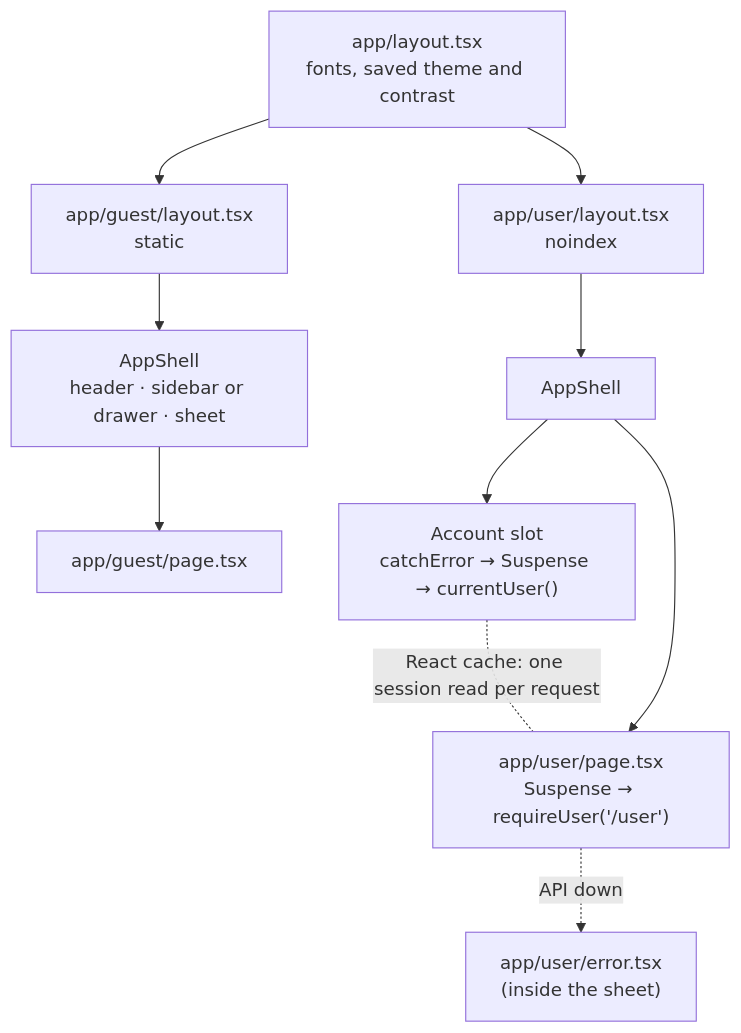
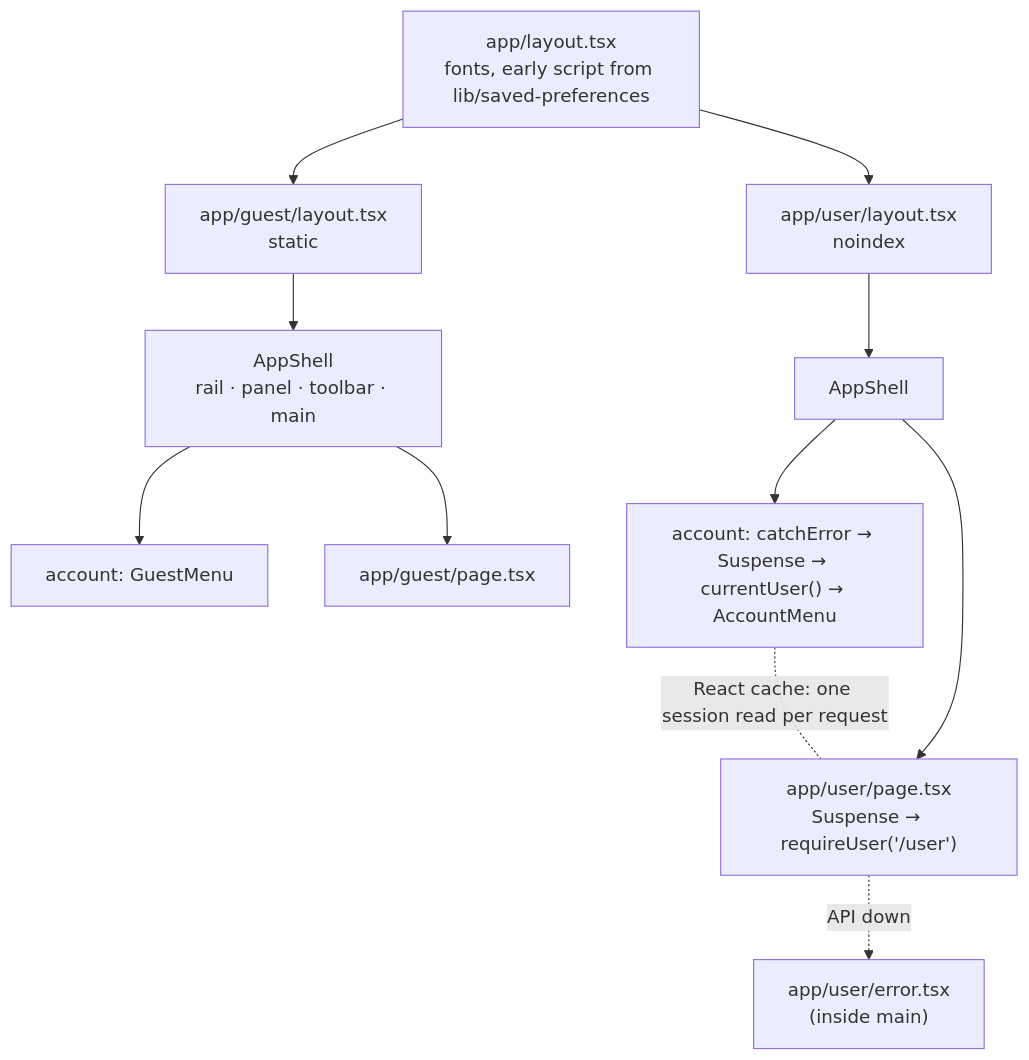
Before and after one commit to wonderlust101/frontpage-feed-reader-main: the diagram in docs/notes/app-shell-architecture.md, drawn with Mermaid. The commit also changed other lines of this file and 2 other files, not shown here.

Commit message:
docs(app-shell): the sidebar-first design and its architecture

````diff
--- a/docs/notes/app-shell-architecture.md
+++ b/docs/notes/app-shell-architecture.md
@@ -24,12 +25,13 @@
 ```mermaid
 graph TD
-    Root["app/layout.tsx<br/>fonts, saved theme and contrast"] --> Guest["app/guest/layout.tsx<br/>static"]
+    Root["app/layout.tsx<br/>fonts, early script from lib/saved-preferences"] --> Guest["app/guest/layout.tsx<br/>static"]
     Root --> User["app/user/layout.tsx<br/>noindex"]
-    Guest --> Shell1["AppShell<br/>header · sidebar or drawer · sheet"]
+    Guest --> Shell1["AppShell<br/>rail · panel · toolbar · main"]
     User --> Shell2["AppShell"]
-    Shell2 --> Slot["Account slot<br/>catchError → Suspense → currentUser()"]
+    Shell1 --> GuestMenu["account: GuestMenu"]
+    Shell2 --> Slot["account: catchError → Suspense → currentUser() → AccountMenu"]
     Shell1 --> GuestPage["app/guest/page.tsx"]
     Shell2 --> UserPage["app/user/page.tsx<br/>Suspense → requireUser('/user')"]
     Slot -. "React cache: one session read per request" .- UserPage
-    UserPage -. "API down" .-> UserError["app/user/error.tsx<br/>(inside the sheet)"]
+    UserPage -. "API down" .-> UserError["app/user/error.tsx<br/>(inside main)"]
 ```
````
